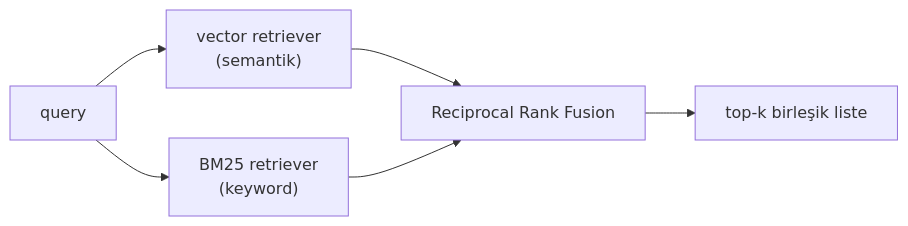
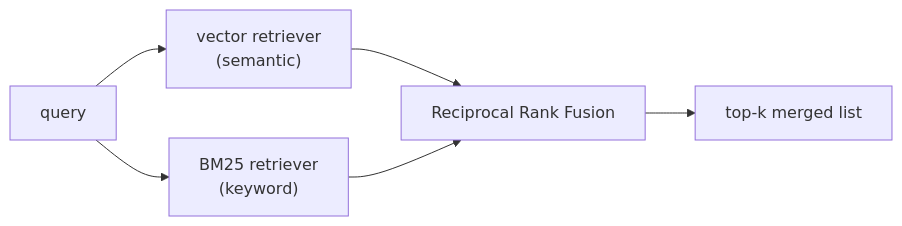
Before and after one commit to yetkineser/VBO_AI_Engineering: the fourth of 5 diagrams in week6-rag/extras.md, drawn with Mermaid. The commit also changed other lines of this file and 5 other files, not shown here.

````diff
--- a/week6-rag/extras.md
+++ b/week6-rag/extras.md
@@ -113,8 +113,8 @@
 ```mermaid
 flowchart LR
-    Q["query"] --> V["vector retriever<br/>(semantik)"]
+    Q["query"] --> V["vector retriever<br/>(semantic)"]
     Q --> B["BM25 retriever<br/>(keyword)"]
     V --> RRF["Reciprocal Rank Fusion"]
     B --> RRF
-    RRF --> Top["top-k birleşik liste"]
+    RRF --> Top["top-k merged list"]
 ```
````
